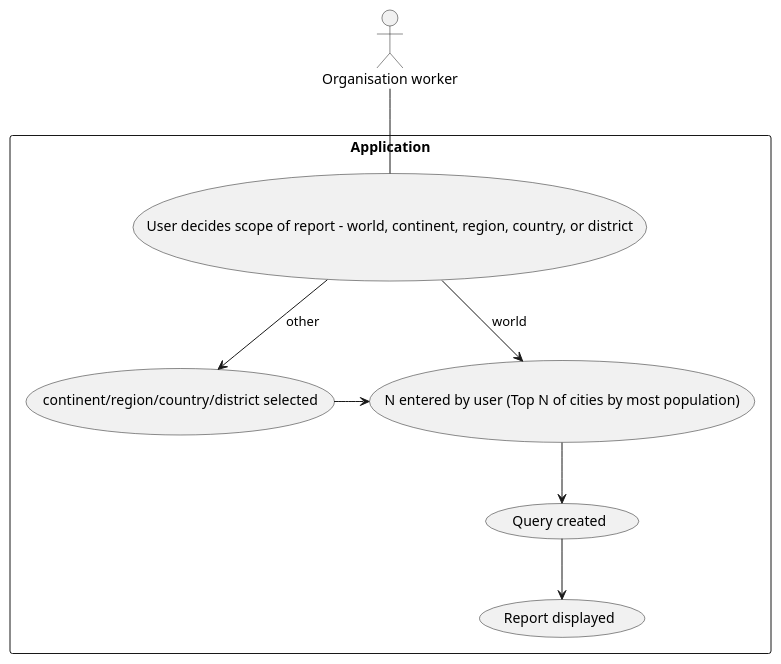
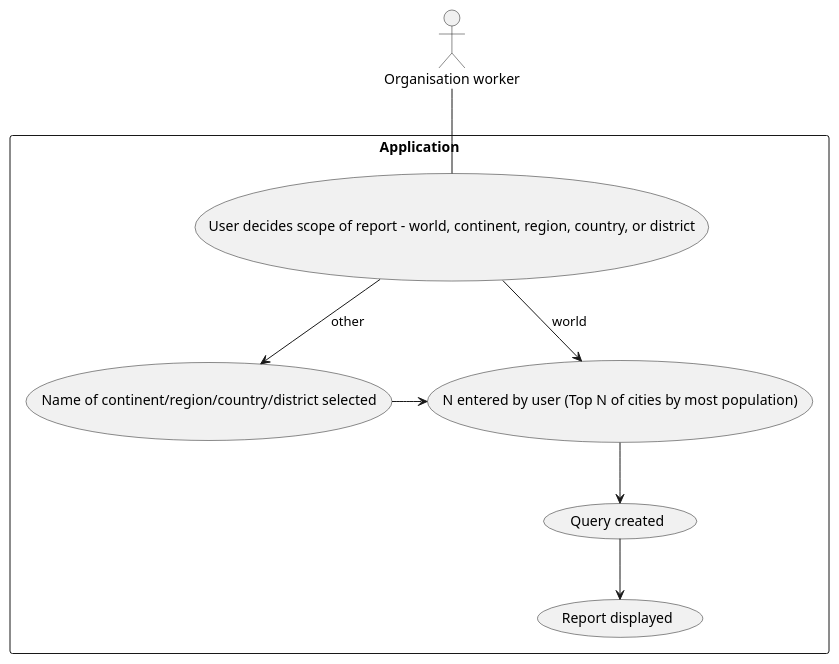
Before and after one commit to ASmokeyPie/devops-G04: the diagram in Use-Cases/City.puml, drawn with PlantUML.

```diff
--- a/Use-Cases/City.puml
+++ b/Use-Cases/City.puml
@@ -1,23 +1,23 @@
 @startuml
 'https://plantuml.com/use-case-diagram
 
 actor user as "Organisation worker"
 
 rectangle "Application" {
     usecase scope as "User decides scope of report - world, continent, region, country, or district"
-    usecase other as "continent/region/country/district selected"
+    usecase other as "Name of continent/region/country/district selected"
     usecase getN as "N entered by user (Top N of cities by most population)"
     usecase query as "Query created"
     usecase report as "Report displayed"
 }
 
 user -- scope
 scope --> getN : world
 scope --> other : other
 other -> getN
 
 getN --> query
 query --> report
 
 
 @enduml
```
